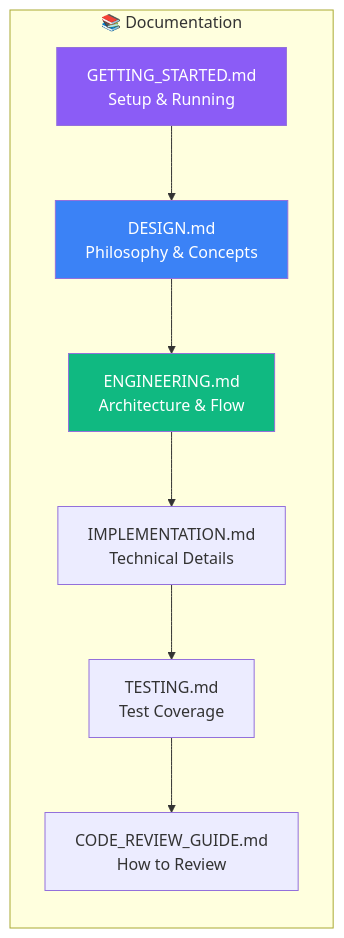
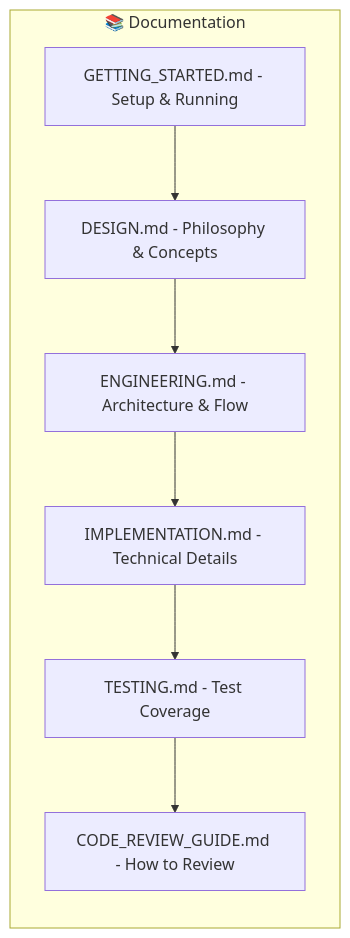
Diagram 17 of 22 in README.md (AntoineToussaint/timeoff), drawn with Mermaid before and after one commit. The commit also changed other lines of this file, not shown here.

First line of the commit message:
Fix Mermaid diagrams for GitHub rendering

````diff
--- a/README.md
+++ b/README.md
@@ -737,21 +696,18 @@
 ```mermaid
 graph LR
     subgraph Docs["📚 Documentation"]
-        DESIGN[DESIGN.md<br/>Philosophy & Concepts]
-        ENG[ENGINEERING.md<br/>Architecture & Flow]
-        START[GETTING_STARTED.md<br/>Setup & Running]
-        IMPL[IMPLEMENTATION.md<br/>Technical Details]
-        TEST[TESTING.md<br/>Test Coverage]
-        REVIEW[CODE_REVIEW_GUIDE.md<br/>How to Review]
+        DESIGN[DESIGN.md - Philosophy & Concepts]
+        ENG[ENGINEERING.md - Architecture & Flow]
+        START[GETTING_STARTED.md - Setup & Running]
+        IMPL[IMPLEMENTATION.md - Technical Details]
+        TEST[TESTING.md - Test Coverage]
+        REVIEW[CODE_REVIEW_GUIDE.md - How to Review]
     end
     
     START --> DESIGN
     DESIGN --> ENG
     ENG --> IMPL
     IMPL --> TEST
     TEST --> REVIEW
     
-    style DESIGN fill:#3b82f6,color:#fff
-    style ENG fill:#10b981,color:#fff
-    style START fill:#8b5cf6,color:#fff
 ```
````
